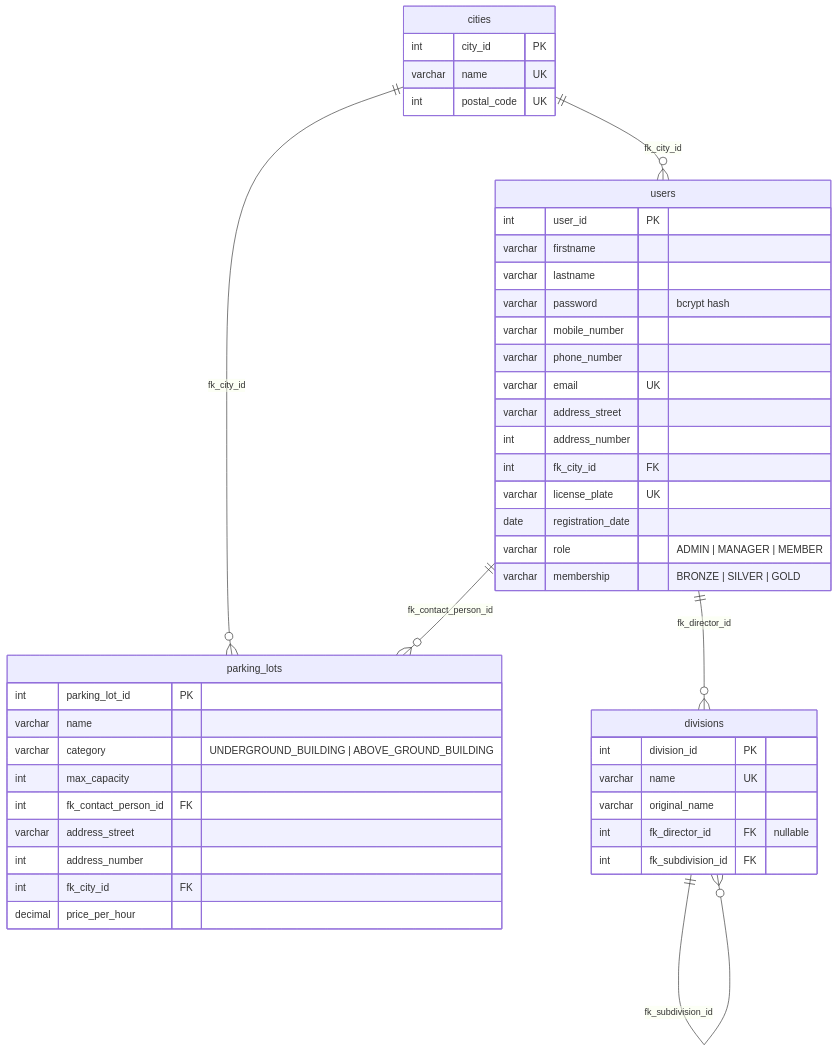
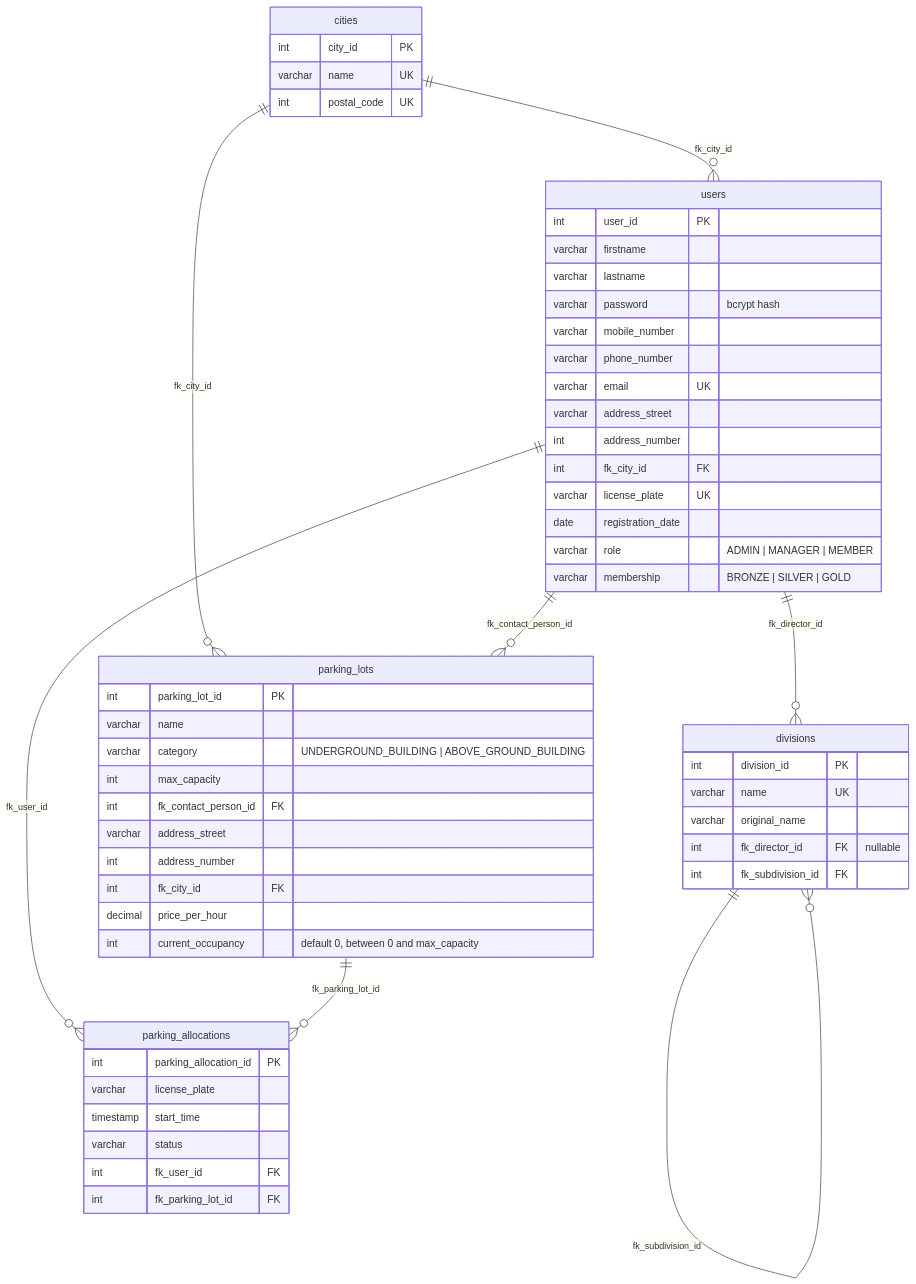
Before and after one commit to nomoli98/2026_Switchfully_sharkpark: the diagram in DATABASE.md, drawn with Mermaid. The commit also changed other lines of this file and 1 other file, not shown here.

Commit message:
feat : updated db.md

````diff
--- a/DATABASE.md
+++ b/DATABASE.md
@@ -9,48 +9,59 @@
 ```mermaid
 erDiagram
-    cities ||--o{ users: "fk_city_id"
-    cities ||--o{ parking_lots: "fk_city_id"
-    users ||--o{ divisions: "fk_director_id"
-    divisions ||--o{ divisions: "fk_subdivision_id"
-    users ||--o{ parking_lots: "fk_contact_person_id"
+  cities ||--o{ users: "fk_city_id"
+  cities ||--o{ parking_lots: "fk_city_id"
+  users ||--o{ divisions: "fk_director_id"
+  divisions ||--o{ divisions: "fk_subdivision_id"
+  users ||--o{ parking_lots: "fk_contact_person_id"
+  users ||--o{ parking_allocations: "fk_user_id"
+  parking_lots ||--o{ parking_allocations: "fk_parking_lot_id"
 
-    cities {
-        int city_id PK
-        varchar name UK
-        int postal_code UK
-    }
-    users {
-        int user_id PK
-        varchar firstname
-        varchar lastname
-        varchar password "bcrypt hash"
-        varchar mobile_number
-        varchar phone_number
-        varchar email UK
-        varchar address_street
-        int address_number
-        int fk_city_id FK
-        varchar license_plate UK
-        date registration_date
-        varchar role "ADMIN | MANAGER | MEMBER"
-        varchar membership "BRONZE | SILVER | GOLD"
-    }
-    divisions {
-        int division_id PK
-        varchar name UK
-        varchar original_name
-        int fk_director_id FK "nullable"
-        int fk_subdivision_id FK
-    }
-    parking_lots {
-        int parking_lot_id PK
-        varchar name
-        varchar category "UNDERGROUND_BUILDING | ABOVE_GROUND_BUILDING"
-        int max_capacity
-        int fk_contact_person_id FK
-        varchar address_street
-        int address_number
-        int fk_city_id FK
-        decimal price_per_hour
-    }
+  cities {
+    int city_id PK
+    varchar name UK
+    int postal_code UK
+  }
+  users {
+    int user_id PK
+    varchar firstname
+    varchar lastname
+    varchar password "bcrypt hash"
+    varchar mobile_number
+    varchar phone_number
+    varchar email UK
+    varchar address_street
+    int address_number
+    int fk_city_id FK
+    varchar license_plate UK
+    date registration_date
+    varchar role "ADMIN | MANAGER | MEMBER"
+    varchar membership "BRONZE | SILVER | GOLD"
+  }
+  divisions {
+    int division_id PK
+    varchar name UK
+    varchar original_name
+    int fk_director_id FK "nullable"
+    int fk_subdivision_id FK
+  }
+  parking_lots {
+    int parking_lot_id PK
+    varchar name
+    varchar category "UNDERGROUND_BUILDING | ABOVE_GROUND_BUILDING"
+    int max_capacity
+    int fk_contact_person_id FK
+    varchar address_street
+    int address_number
+    int fk_city_id FK
+    decimal price_per_hour
+    int current_occupancy "default 0, between 0 and max_capacity"
+  }
+  parking_allocations {
+    int parking_allocation_id PK
+    varchar license_plate
+    timestamp start_time
+    varchar status
+    int fk_user_id FK
+    int fk_parking_lot_id FK
+  }
 ```
````
